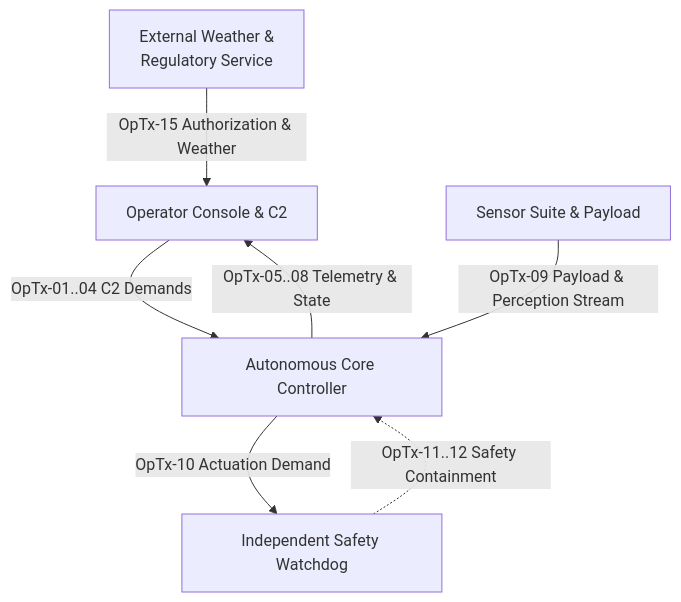
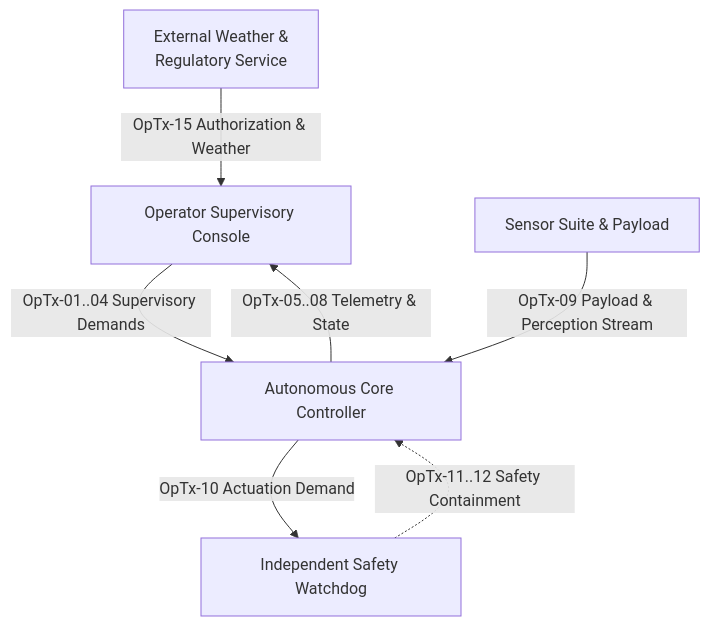
The first of 5 diagrams in skills/spec-conops-engineering/resources/units/conops/07_OPTX_EXCHANGES.md (gintatkinson/DEAP01-spec-core), drawn with Mermaid before and after one commit. The commit also changed other lines of this file and 3 other files, not shown here.

````diff
--- a/skills/spec-conops-engineering/resources/units/conops/07_OPTX_EXCHANGES.md
+++ b/skills/spec-conops-engineering/resources/units/conops/07_OPTX_EXCHANGES.md
@@ -15,16 +15,16 @@
 ```mermaid
 %% OV-2: Operational Node Connectivity
 flowchart TD
-    OperatorConsole["Operator Console & C2"]
+    OperatorConsole["Operator Supervisory Console"]
     CoreController["Autonomous Core Controller"]
     SensorSuite["Sensor Suite & Payload"]
     SafetyWatchdog["Independent Safety Watchdog"]
     ExternalService["External Weather &<br/>Regulatory Service"]
 
-    OperatorConsole -->|"OpTx-01..04 C2 Demands"| CoreController
+    OperatorConsole -->|"OpTx-01..04 Supervisory Demands"| CoreController
     CoreController -->|"OpTx-05..08 Telemetry & State"| OperatorConsole
     SensorSuite -->|"OpTx-09 Payload & Perception Stream"| CoreController
     CoreController -->|"OpTx-10 Actuation Demand"| SafetyWatchdog
     ExternalService -->|"OpTx-15 Authorization & Weather"| OperatorConsole
     SafetyWatchdog -.->|"OpTx-11..12 Safety Containment"| CoreController
 ```
````
